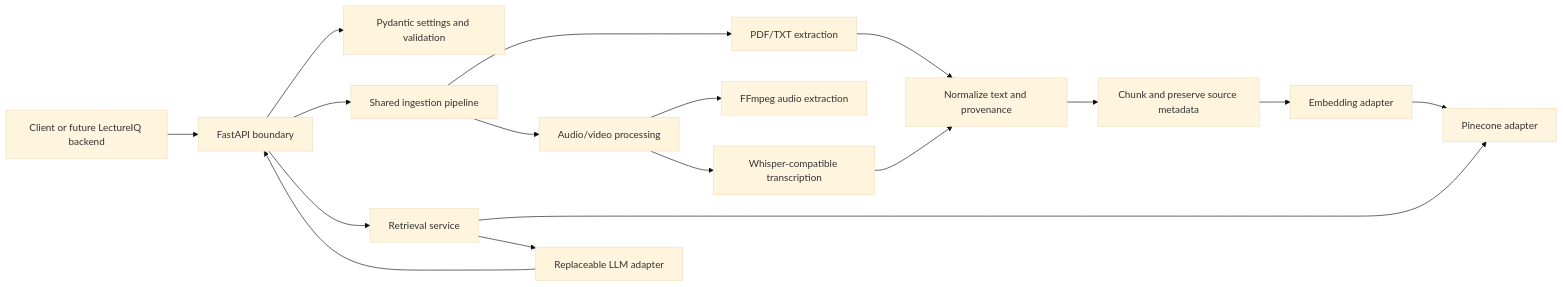
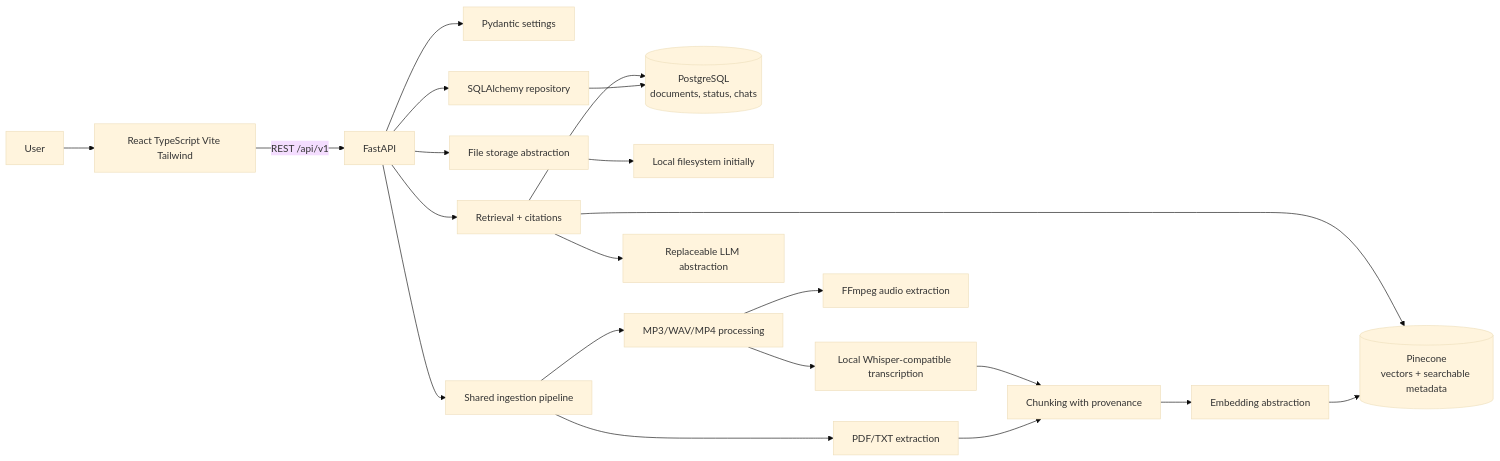
One commit to Vicky7632/cognify-ai changed the diagram in docs/ARCHITECTURE.md. Above: the diagram before and after it, drawn with Mermaid (base theme). The commit also changed other lines of this file and 8 other files, not shown here.

````diff
--- a/docs/ARCHITECTURE.md
+++ b/docs/ARCHITECTURE.md
@@ -13,19 +13,23 @@
 ```mermaid
 flowchart LR
-    Client[Client or future LectureIQ backend] --> API[FastAPI boundary]
-    API --> Config[Pydantic settings and validation]
+    User[User] --> UI[React TypeScript Vite Tailwind]
+    UI -->|REST /api/v1| API[FastAPI]
+    API --> Settings[Pydantic settings]
+    API --> Relational[SQLAlchemy repository]
+    Relational --> PG[(PostgreSQL<br/>documents, status, chats)]
+    API --> Storage[File storage abstraction]
+    Storage --> Local[Local filesystem initially]
     API --> Ingest[Shared ingestion pipeline]
-    Ingest --> Extract[PDF/TXT extraction]
-    Ingest --> Media[Audio/video processing]
+    Ingest --> PDFTXT[PDF/TXT extraction]
+    Ingest --> Media[MP3/WAV/MP4 processing]
     Media --> FFmpeg[FFmpeg audio extraction]
-    Media --> ASR[Whisper-compatible transcription]
-    Extract --> Normalize[Normalize text and provenance]
-    ASR --> Normalize
-    Normalize --> Chunk[Chunk and preserve source metadata]
-    Chunk --> Embed[Embedding adapter]
-    Embed --> Store[Pinecone adapter]
-    API --> Retrieve[Retrieval service]
-    Retrieve --> Store
-    Retrieve --> LLM[Replaceable LLM adapter]
-    LLM --> API
+    Media --> ASR[Local Whisper-compatible transcription]
+    PDFTXT --> Chunks[Chunking with provenance]
+    ASR --> Chunks
+    Chunks --> Embeddings[Embedding abstraction]
+    Embeddings --> Pinecone[(Pinecone<br/>vectors + searchable metadata)]
+    API --> Retrieval[Retrieval + citations]
+    Retrieval --> Pinecone
+    Retrieval --> LLM[Replaceable LLM abstraction]
+    Retrieval --> PG
 ```
````
